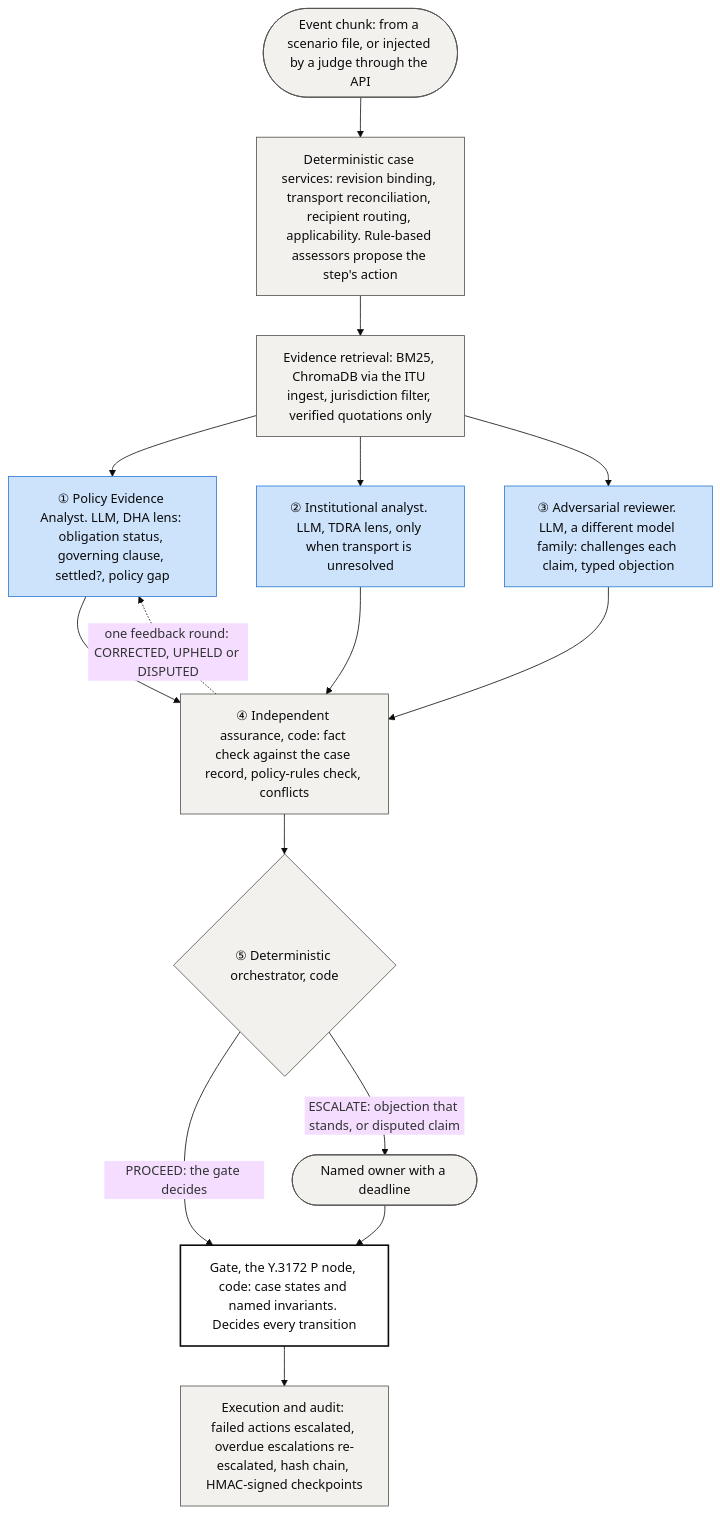
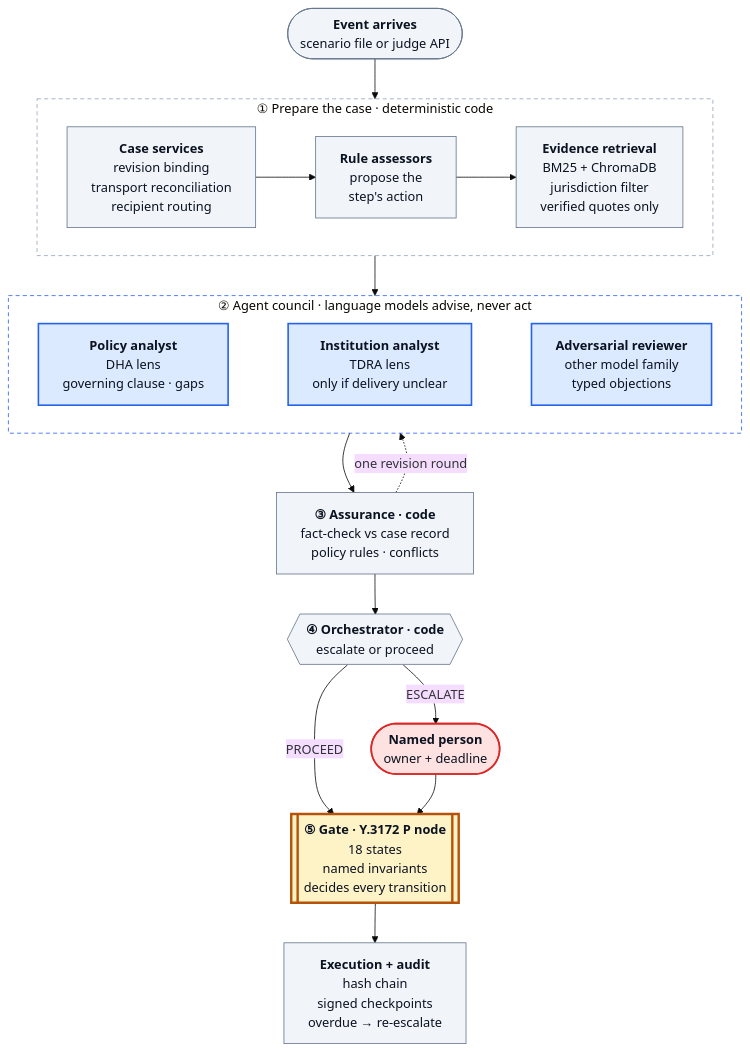
Before and after one commit to Shashwat-srivastav/ResultRelay-UAE: the first of 4 diagrams in README.md, drawn with Mermaid (base theme). The commit also changed other lines of this file, not shown here.

Commit message:
README: redraw the architecture and Y.3172 diagrams (short labels, grouped zones, side-by-side agents, colour legend)

````diff
--- a/README.md
+++ b/README.md
@@ -58,33 +58,44 @@
 ```mermaid
-flowchart TD
-    EV(["Event chunk: from a scenario file, or injected by a judge through the API"])
-    CS["Deterministic case services: revision binding, transport reconciliation, recipient routing, applicability. Rule-based assessors propose the step's action"]
-    RT["Evidence retrieval: BM25, ChromaDB via the ITU ingest, jurisdiction filter, verified quotations only"]
-    A1["① Policy Evidence Analyst. LLM, DHA lens: obligation status, governing clause, settled?, policy gap"]
-    A2["② Institutional analyst. LLM, TDRA lens, only when transport is unresolved"]
-    A3["③ Adversarial reviewer. LLM, a different model family: challenges each claim, typed objection"]
-    ASR["④ Independent assurance, code: fact check against the case record, policy-rules check, conflicts"]
-    ORC{"⑤ Deterministic orchestrator, code"}
-    PE(["Named owner with a deadline"])
-    GT["Gate, the Y.3172 P node, code: case states and named invariants. Decides every transition"]
-    EX["Execution and audit: failed actions escalated, overdue escalations re-escalated, hash chain, HMAC-signed checkpoints"]
-    EV --> CS --> RT
-    RT --> A1
-    RT --> A2
-    RT --> A3
-    A1 --> ASR
-    A2 --> ASR
-    A3 --> ASR
-    ASR -.->|"one feedback round: CORRECTED, UPHELD or DISPUTED"| A1
-    ASR --> ORC
-    ORC -->|"PROCEED: the gate decides"| GT
-    ORC -->|"ESCALATE: objection that stands, or disputed claim"| PE
+flowchart TB
+    EV(["<b>Event arrives</b><br/>scenario file or judge API"])
+
+    subgraph PREP["① Prepare the case · deterministic code"]
+        direction LR
+        CS["<b>Case services</b><br/>revision binding<br/>transport reconciliation<br/>recipient routing"]
+        AS["<b>Rule assessors</b><br/>propose the<br/>step's action"]
+        RT["<b>Evidence retrieval</b><br/>BM25 + ChromaDB<br/>jurisdiction filter<br/>verified quotes only"]
+        CS --> AS --> RT
+    end
+
+    subgraph COUNCIL["② Agent council · language models advise, never act"]
+        direction LR
+        A1["<b>Policy analyst</b><br/>DHA lens<br/>governing clause · gaps"]
+        A2["<b>Institution analyst</b><br/>TDRA lens<br/>only if delivery unclear"]
+        A3["<b>Adversarial reviewer</b><br/>other model family<br/>typed objections"]
+        A1 ~~~ A2 ~~~ A3
+    end
+
+    ASR["<b>③ Assurance · code</b><br/>fact-check vs case record<br/>policy rules · conflicts"]
+    ORC{{"<b>④ Orchestrator · code</b><br/>escalate or proceed"}}
+    GT[["<b>⑤ Gate · Y.3172 P node</b><br/>18 states<br/>named invariants<br/>decides every transition"]]
+    PE(["<b>Named person</b><br/>owner + deadline"])
+    EX["<b>Execution + audit</b><br/>hash chain<br/>signed checkpoints<br/>overdue → re-escalate"]
+
+    EV --> PREP --> COUNCIL --> ASR --> ORC
+    ASR -. "one revision round" .-> COUNCIL
+    ORC -- "PROCEED" --> GT
+    ORC -- "ESCALATE" --> PE
     PE --> GT
     GT --> EX
-    classDef llm fill:#cde2fb,stroke:#2a78d6,color:#0b0b0b
-    classDef code fill:#f2f1ee,stroke:#52514e,color:#0b0b0b
-    classDef gate fill:#ffffff,stroke:#0b0b0b,stroke-width:2px,color:#0b0b0b
+
+    classDef llm fill:#dbeafe,stroke:#2563eb,stroke-width:2px,color:#0b1220
+    classDef code fill:#f1f5f9,stroke:#64748b,color:#0b1220
+    classDef gate fill:#fef3c7,stroke:#b45309,stroke-width:3px,color:#0b1220
+    classDef human fill:#fee2e2,stroke:#dc2626,stroke-width:2px,color:#0b1220
     class A1,A2,A3 llm
-    class CS,RT,ASR,ORC,EX,EV,PE code
+    class EV,CS,AS,RT,ASR,ORC,EX code
     class GT gate
+    class PE human
+    style PREP fill:transparent,stroke:#94a3b8,stroke-dasharray:5 4
+    style COUNCIL fill:transparent,stroke:#2563eb,stroke-dasharray:5 4
 ```
````
